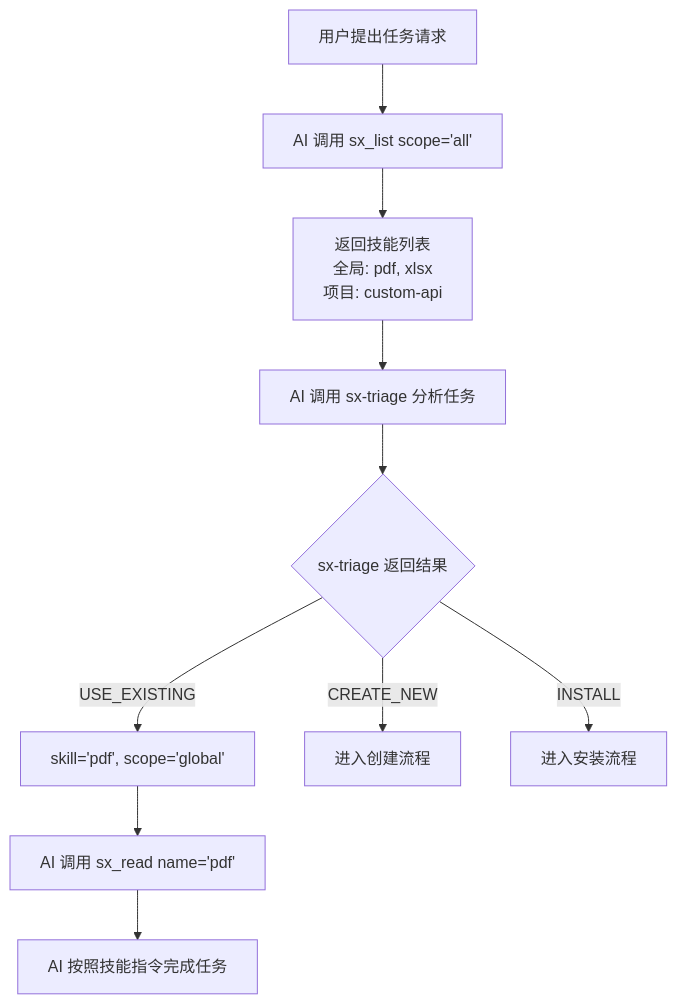
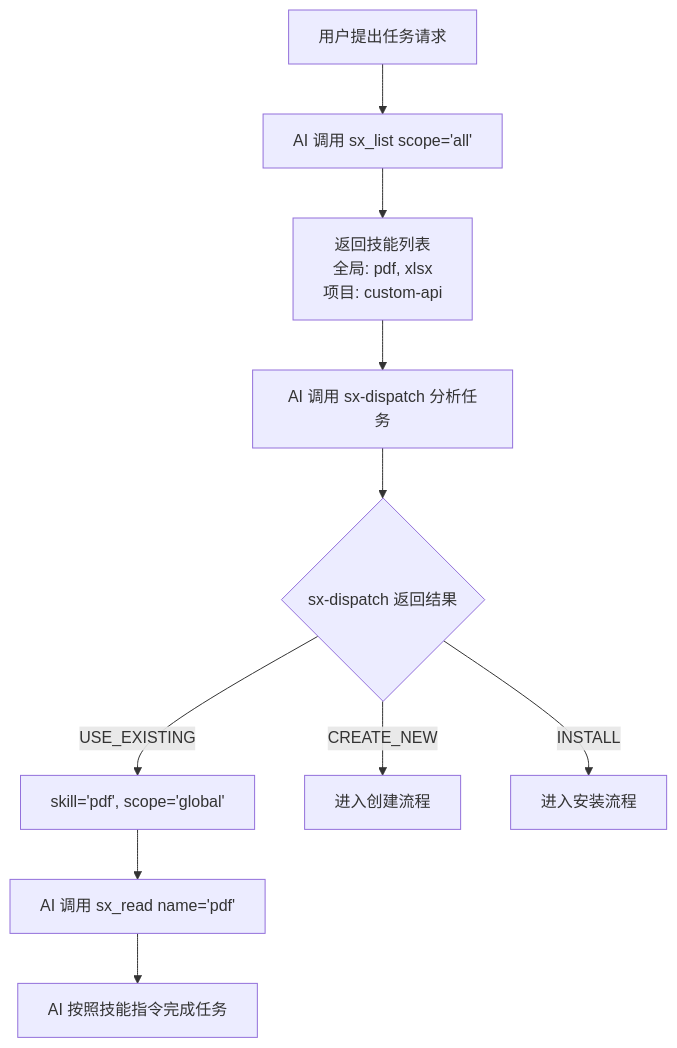
Before and after one commit to shetengteng/skillix-mcp: the fourth of 6 diagrams in design/02-设计/20260111-03-自动创建与进化设计.md, drawn with Mermaid. The commit also changed other lines of this file and 32 other files, not shown here.

````diff
--- a/design/02-设计/20260111-03-自动创建与进化设计.md
+++ b/design/02-设计/20260111-03-自动创建与进化设计.md
@@ -279,12 +279,12 @@
 ```mermaid
 flowchart TD
     A[用户提出任务请求] --> B["AI 调用 sx_list scope='all'"]
     B --> C["返回技能列表<br/>全局: pdf, xlsx<br/>项目: custom-api"]
-    C --> D[AI 调用 sx-triage 分析任务]
-    D --> E{sx-triage 返回结果}
+    C --> D[AI 调用 sx-dispatch 分析任务]
+    D --> E{sx-dispatch 返回结果}
     E -->|USE_EXISTING| F["skill='pdf', scope='global'"]
     F --> G["AI 调用 sx_read name='pdf'"]
     G --> H[AI 按照技能指令完成任务]
     E -->|CREATE_NEW| I[进入创建流程]
     E -->|INSTALL| J[进入安装流程]
 ```
````
